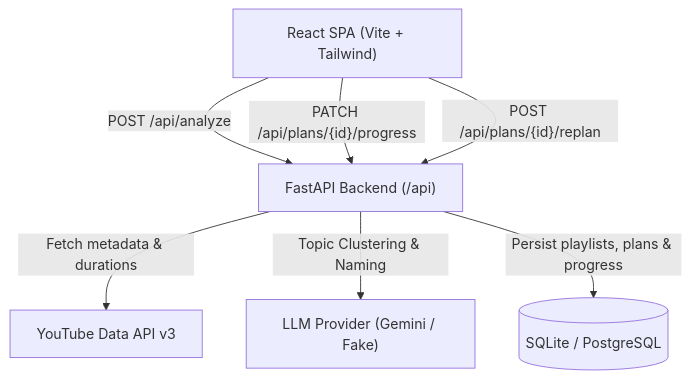
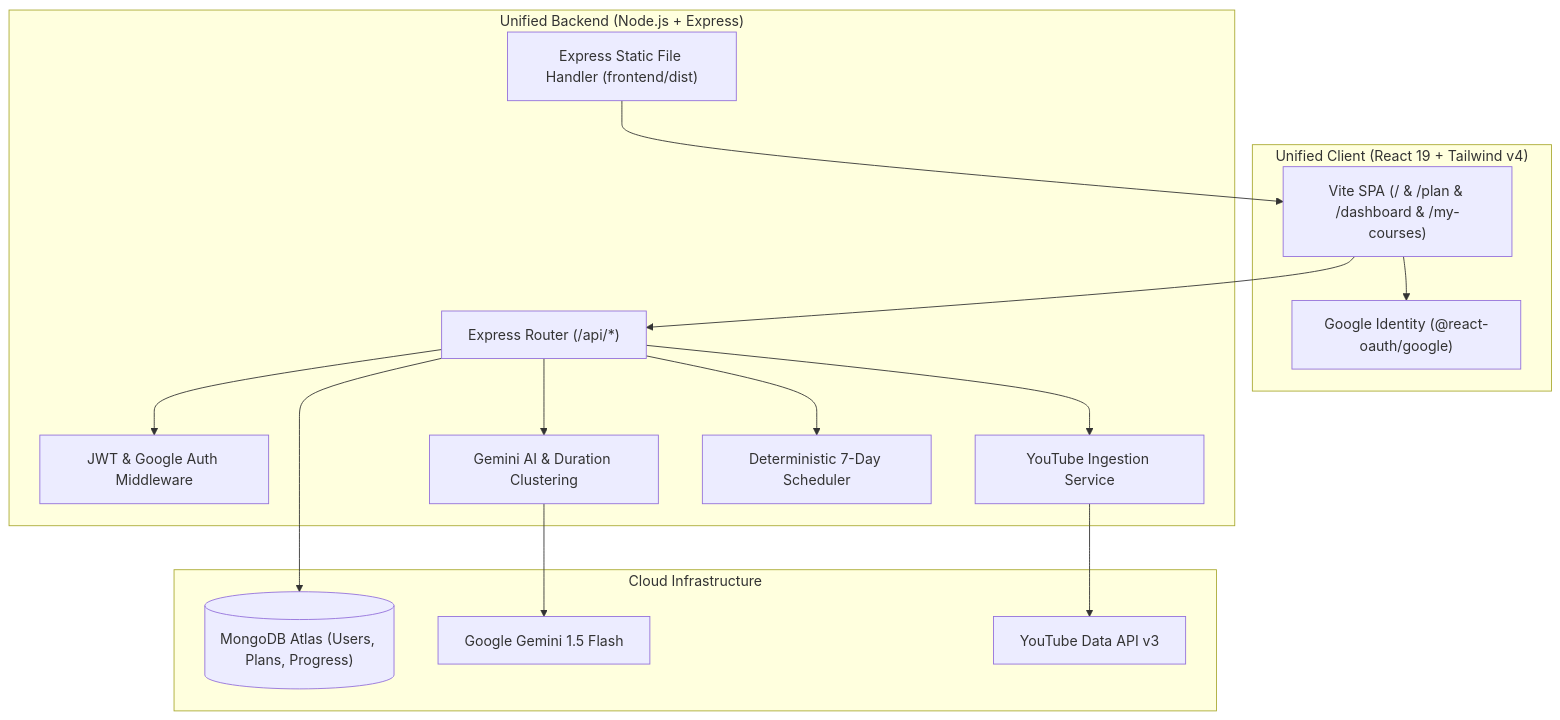
Before and after one commit to sri-esa/Better-Course: the diagram in README.md, drawn with Mermaid. The commit also changed other lines of this file and 25 other files, not shown here.

Commit message:
feat: convert to unified MERN stack with native MongoDB auth and Google OAuth

````diff
--- a/README.md
+++ b/README.md
@@ -24,15 +26,33 @@
 ```mermaid
 flowchart TD
-    SPA["React SPA (Vite + Tailwind)"]
-    API["FastAPI Backend (/api)"]
-    YT["YouTube Data API v3"]
-    LLM["LLM Provider (Gemini / Fake)"]
-    DB[(SQLite / PostgreSQL)]
+    subgraph Client["Unified Client (React 19 + Tailwind v4)"]
+        SPA["Vite SPA (/ & /plan & /dashboard & /my-courses)"]
+        GAuth["Google Identity (@react-oauth/google)"]
+    end
 
-    SPA -- "POST /api/analyze" --> API
-    SPA -- "PATCH /api/plans/{id}/progress" --> API
-    SPA -- "POST /api/plans/{id}/replan" --> API
-    API -- "Fetch metadata & durations" --> YT
-    API -- "Topic Clustering & Naming" --> LLM
-    API -- "Persist playlists, plans & progress" --> DB
+    subgraph Server["Unified Backend (Node.js + Express)"]
+        API["Express Router (/api/*)"]
+        AuthMid["JWT & Google Auth Middleware"]
+        YT["YouTube Ingestion Service"]
+        Cluster["Gemini AI & Duration Clustering"]
+        Scheduler["Deterministic 7-Day Scheduler"]
+        StaticServe["Express Static File Handler (frontend/dist)"]
+    end
+
+    subgraph CloudServices["Cloud Infrastructure"]
+        Mongo[("MongoDB Atlas (Users, Plans, Progress)")]
+        Gemini["Google Gemini 1.5 Flash"]
+        YouTube["YouTube Data API v3"]
+    end
+
+    SPA --> API
+    SPA --> GAuth
+    StaticServe --> SPA
+    API --> AuthMid
+    API --> YT
+    API --> Cluster
+    API --> Scheduler
+    API --> Mongo
+    Cluster --> Gemini
+    YT --> YouTube
 ```
````
